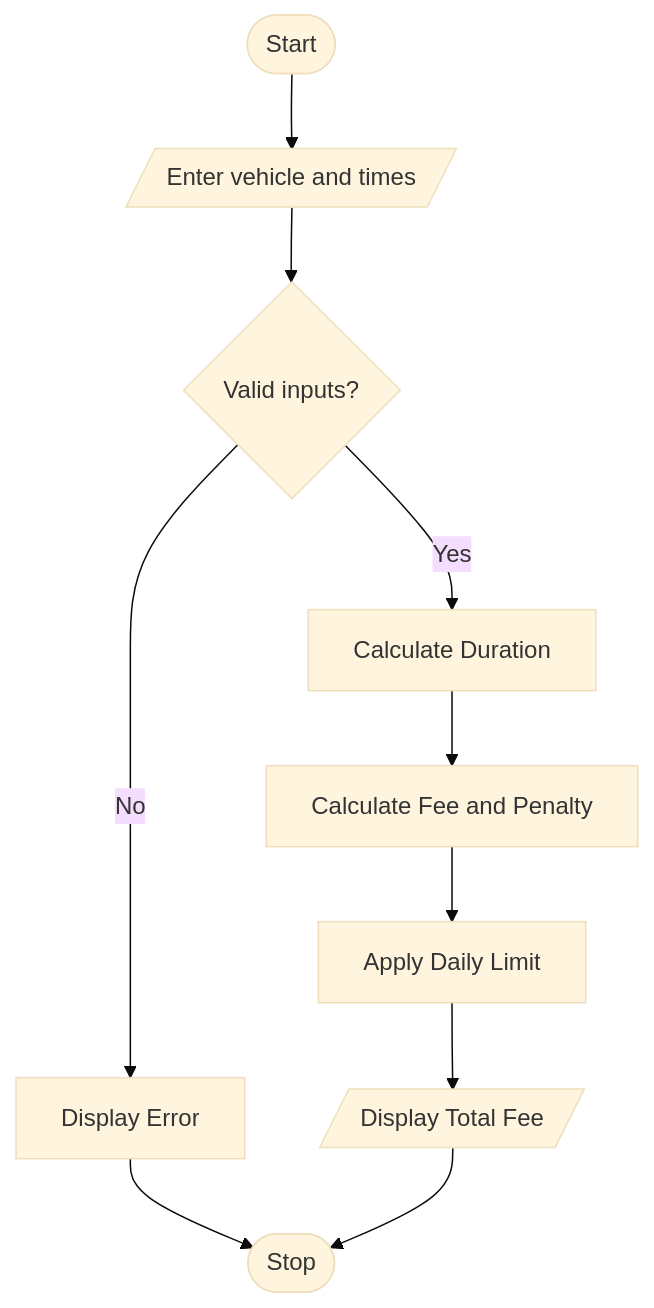
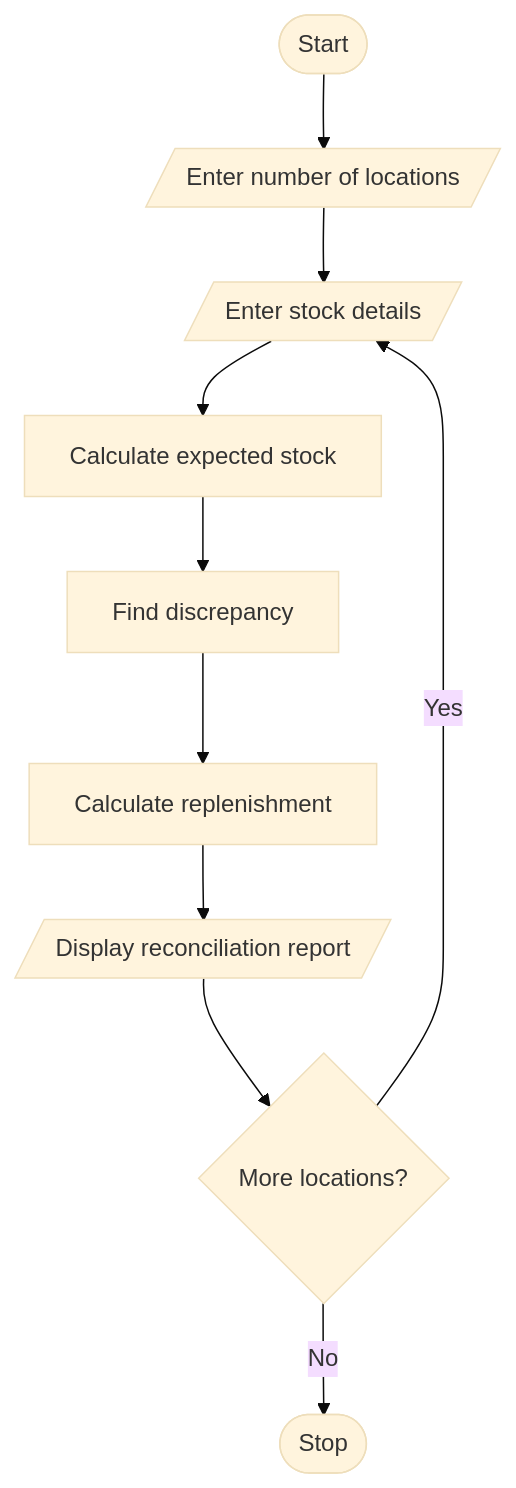
One commit to ramyavunni/Python-Activity-Based-Learning changed the diagram in Task4/Code.md. Above: the diagram before and after it, drawn with Mermaid (base theme). The commit also changed other lines of this file, not shown here.

Commit message:
Update project from parking fee to food stock management

````diff
--- a/Task4/Code.md
+++ b/Task4/Code.md
@@ -20,13 +34,12 @@
 ```mermaid
-
 flowchart TD
-    A([Start]) --> B[/Enter vehicle and times/]
-    B --> C{Valid inputs?}
-    C -- No --> D[Display Error]
-    C -- Yes --> E[Calculate Duration]
-    E --> F[Calculate Fee and Penalty]
-    F --> G[Apply Daily Limit]
-    G --> H[/Display Total Fee/]
-    D --> I([Stop])
-    H --> I
+    A([Start]) --> B[/Enter number of locations/]
+    B --> C[/Enter stock details/]
+    C --> D[Calculate expected stock]
+    D --> E[Find discrepancy]
+    E --> F[Calculate replenishment]
+    F --> G[/Display reconciliation report/]
+    G --> H{More locations?}
+    H -->|Yes| C
+    H -->|No| I([Stop])
 ```
````
